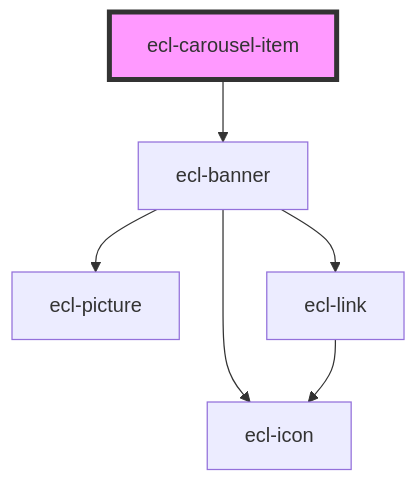
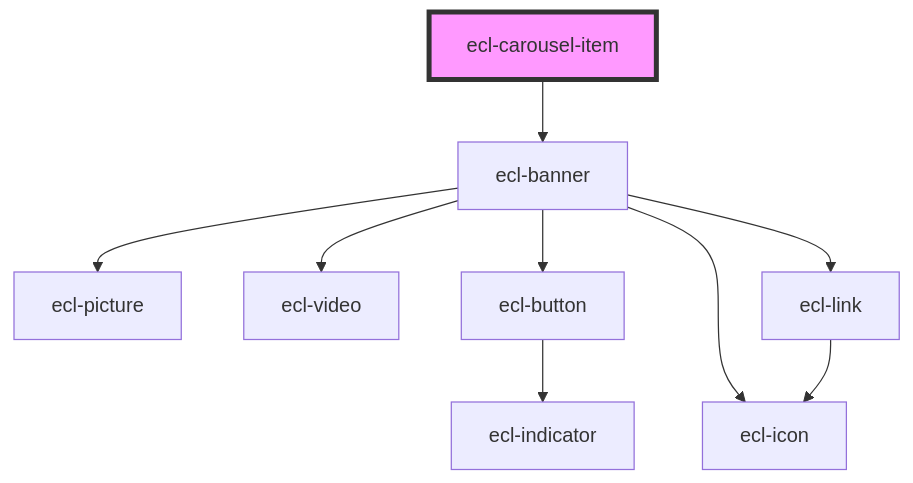
One commit to ec-europa/ecl-webcomponents changed the diagram in src/components/ecl-carousel/readme.md. Above: the diagram before and after it, drawn with Mermaid. The commit also changed other lines of this file and 26 other files, not shown here.

````diff
--- a/src/components/ecl-carousel/readme.md
+++ b/src/components/ecl-carousel/readme.md
@@ -31,9 +30,12 @@
 ```mermaid
 graph TD;
   ecl-carousel-item --> ecl-banner
   ecl-banner --> ecl-picture
+  ecl-banner --> ecl-video
+  ecl-banner --> ecl-button
+  ecl-banner --> ecl-icon
   ecl-banner --> ecl-link
-  ecl-banner --> ecl-icon
+  ecl-button --> ecl-indicator
   ecl-link --> ecl-icon
   style ecl-carousel-item fill:#f9f,stroke:#333,stroke-width:4px
 ```
````
